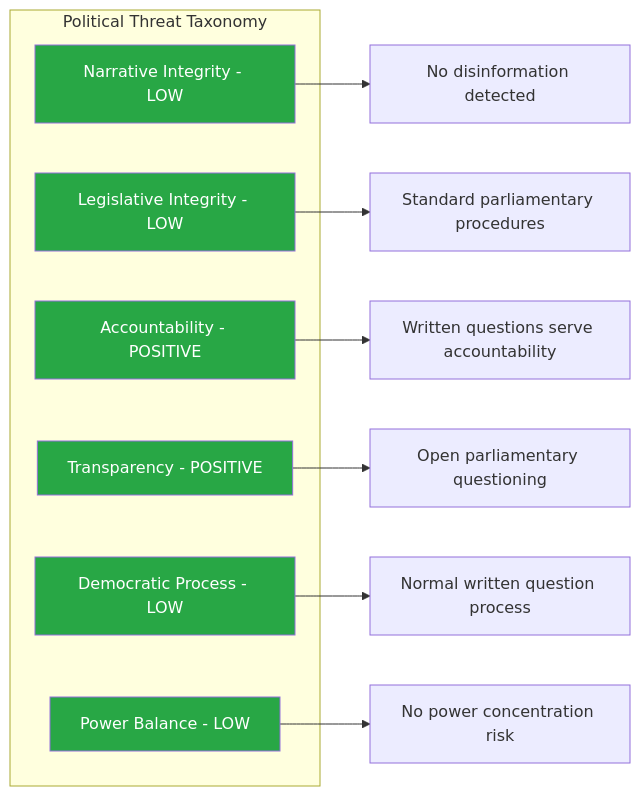
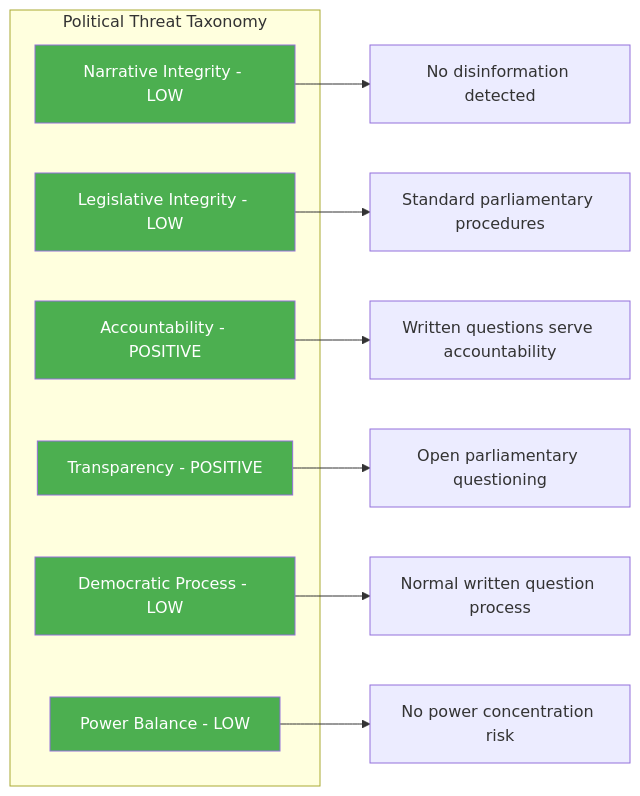
The diagram in analysis/daily/2026-04-10/realtime-1026/threat-analysis.md (Hack23/riksdagsmonitor), drawn with Mermaid before and after one commit. The commit also changed 785 other files, not shown here.

First line of the commit message:
Normalize mermaid colors across 786 analysis artifacts to ISMS Style Guide palette

````diff
--- a/analysis/daily/2026-04-10/realtime-1026/threat-analysis.md
+++ b/analysis/daily/2026-04-10/realtime-1026/threat-analysis.md
@@ -17,25 +17,25 @@
 ```mermaid
 graph LR
     subgraph Political Threat Taxonomy
         NI[Narrative Integrity - LOW]
         LI[Legislative Integrity - LOW]
         AC[Accountability - POSITIVE]
         TR[Transparency - POSITIVE]
         DP[Democratic Process - LOW]
         PB[Power Balance - LOW]
     end
 
     NI --> NI1[No disinformation detected]
     LI --> LI1[Standard parliamentary procedures]
     AC --> AC1[Written questions serve accountability]
     TR --> TR1[Open parliamentary questioning]
     DP --> DP1[Normal written question process]
     PB --> PB1[No power concentration risk]
 
-    style NI fill:#28a745,color:#fff
-    style LI fill:#28a745,color:#fff
-    style AC fill:#28a745,color:#fff
-    style TR fill:#28a745,color:#fff
-    style DP fill:#28a745,color:#fff
-    style PB fill:#28a745,color:#fff
+    style NI fill:#4CAF50,color:#FFFFFF
+    style LI fill:#4CAF50,color:#FFFFFF
+    style AC fill:#4CAF50,color:#FFFFFF
+    style TR fill:#4CAF50,color:#FFFFFF
+    style DP fill:#4CAF50,color:#FFFFFF
+    style PB fill:#4CAF50,color:#FFFFFF
 ```
````
